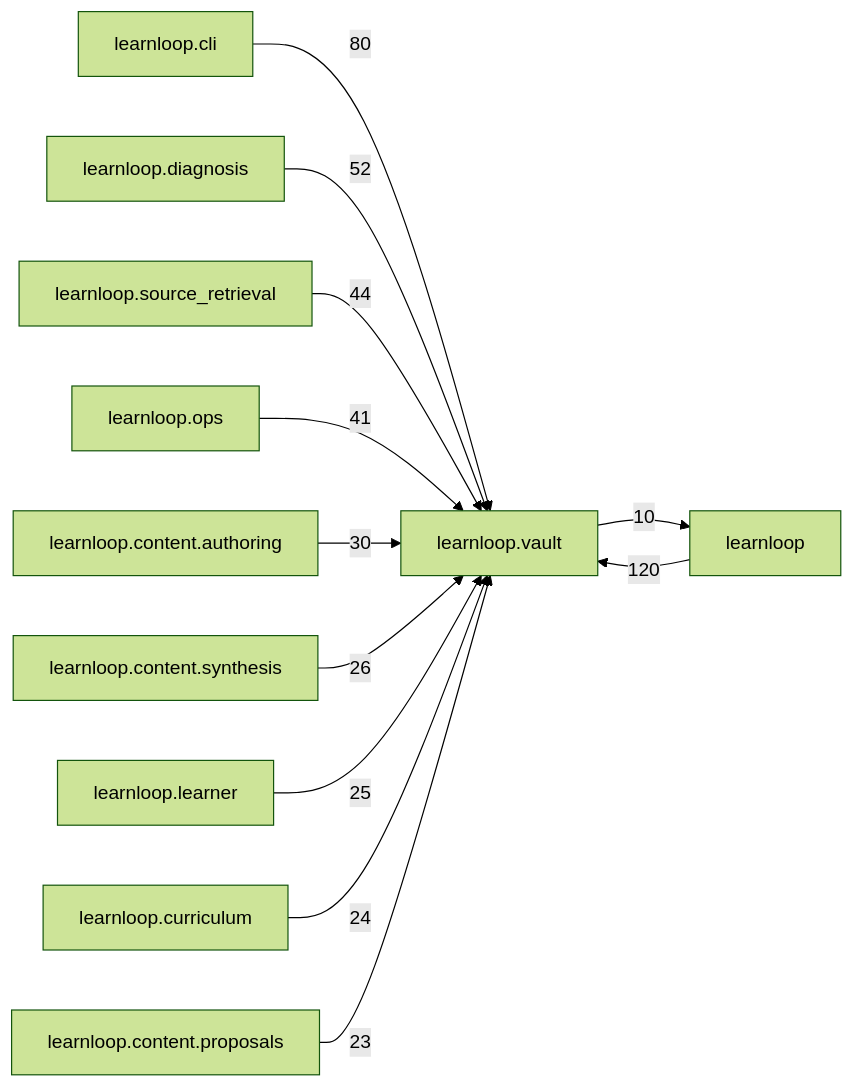
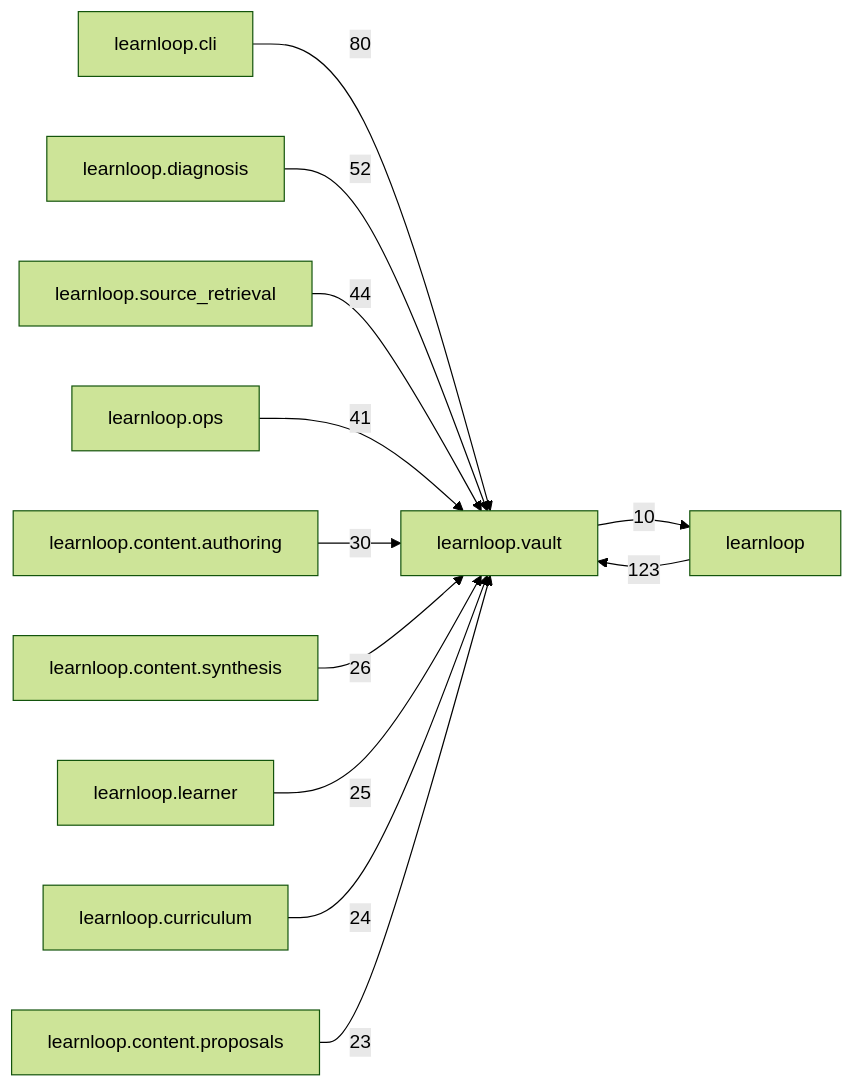
The diagram in docs/learnloop-architecture-vault/Reference/Modules/learnloop/vault/_package.md (6up-b/learnanything), drawn with Mermaid (forest theme) before and after one commit. The commit also changed other lines of this file and 535 other files, not shown here.

Commit message:
TE3a landing, references: the architecture reference regenerated on the merged tree (DB and configuration reference, head 249, 1181 effective leaves with the two prose counts; desktop and module catalogs; vault validated)

````diff
--- a/docs/learnloop-architecture-vault/Reference/Modules/learnloop/vault/_package.md
+++ b/docs/learnloop-architecture-vault/Reference/Modules/learnloop/vault/_package.md
@@ -139,25 +139,25 @@
 ```mermaid
 flowchart LR
     center["learnloop.vault"]
     n_learnloop["learnloop"]
     n_learnloop_cli["learnloop.cli"]
     n_learnloop_diagnosis["learnloop.diagnosis"]
     n_learnloop_source_retrieval["learnloop.source_retrieval"]
     n_learnloop_ops["learnloop.ops"]
     n_learnloop_content_authoring["learnloop.content.authoring"]
     n_learnloop_content_synthesis["learnloop.content.synthesis"]
     n_learnloop_learner["learnloop.learner"]
     n_learnloop_curriculum["learnloop.curriculum"]
     n_learnloop_content_proposals["learnloop.content.proposals"]
-    n_learnloop -->|120| center
+    n_learnloop -->|123| center
     center -->|10| n_learnloop
     n_learnloop_cli -->|80| center
     n_learnloop_diagnosis -->|52| center
     n_learnloop_source_retrieval -->|44| center
     n_learnloop_ops -->|41| center
     n_learnloop_content_authoring -->|30| center
     n_learnloop_content_synthesis -->|26| center
     n_learnloop_learner -->|25| center
     n_learnloop_curriculum -->|24| center
     n_learnloop_content_proposals -->|23| center
 ```
````
